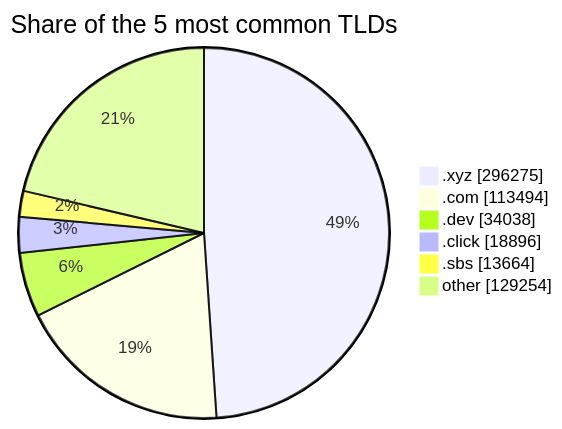
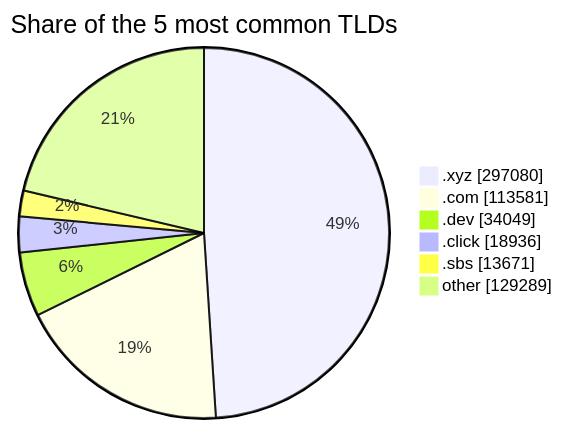
The third of 3 diagrams in README.md (DNSBunker/CTI), drawn with Mermaid before and after one commit. The commit also changed other lines of this file and 3 other files, not shown here.

````diff
--- a/README.md
+++ b/README.md
@@ -81,9 +81,9 @@
 ```mermaid
 pie showData title Share of the 5 most common TLDs
-    ".xyz" : 296275
-    ".com" : 113494
-    ".dev" : 34038
-    ".click" : 18896
-    ".sbs" : 13664
-    "other" : 129254
+    ".xyz" : 297080
+    ".com" : 113581
+    ".dev" : 34049
+    ".click" : 18936
+    ".sbs" : 13671
+    "other" : 129289
 ```
````
